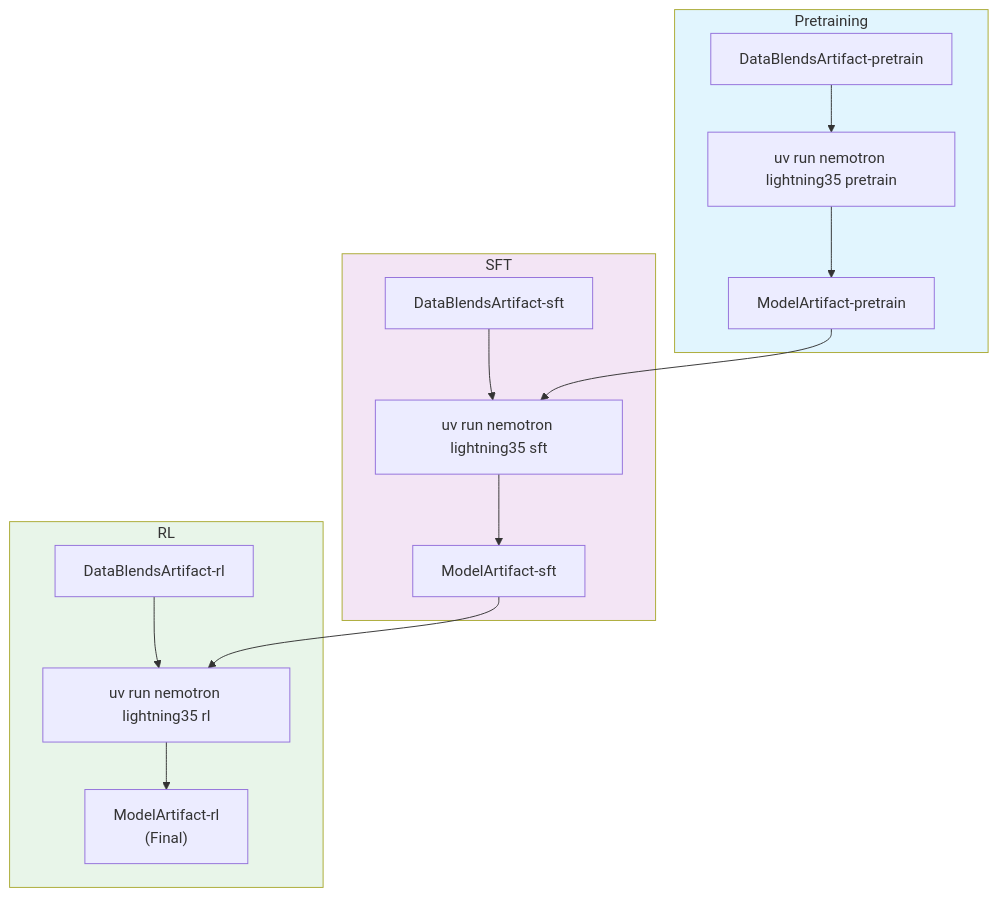
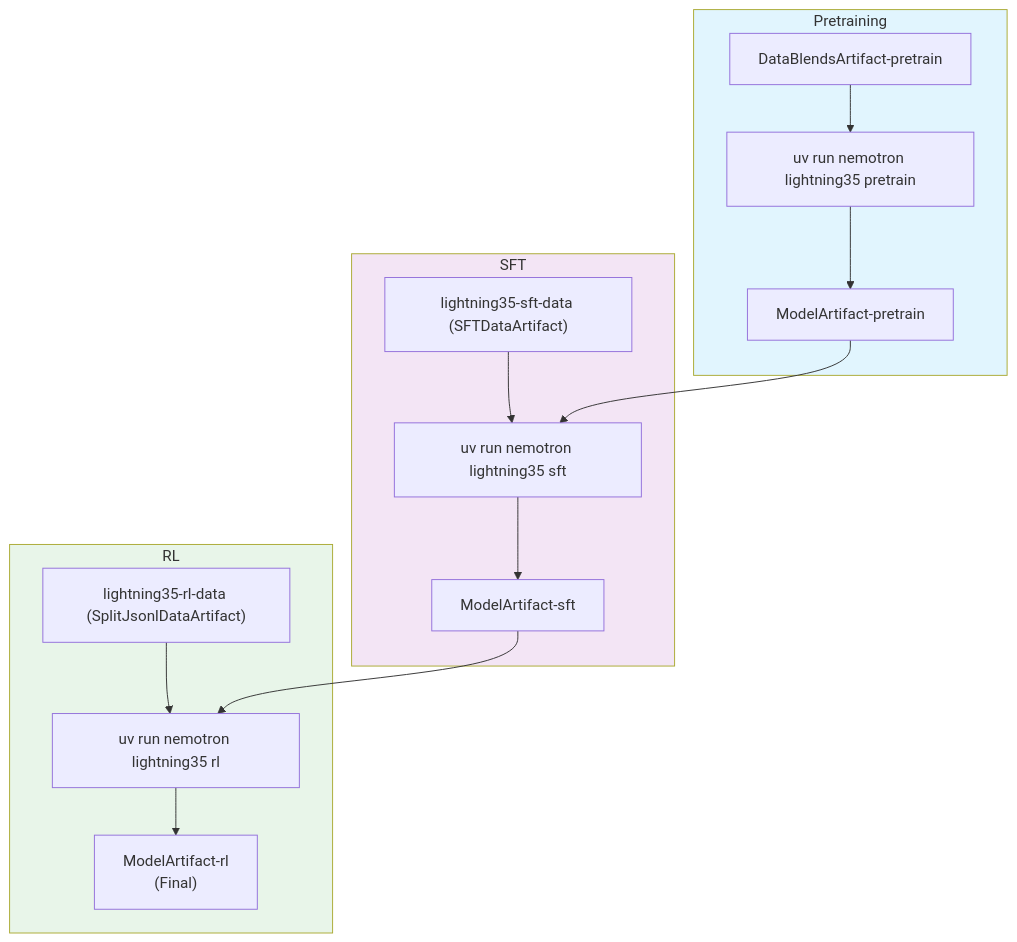
One commit to NVIDIA-NeMo/Nemotron changed the second of 2 diagrams in src/nemotron/recipes/lightning35/README.md. Above: the diagram before and after it, drawn with Mermaid. The commit also changed other lines of this file and 37 other files, not shown here.

````diff
--- a/src/nemotron/recipes/lightning35/README.md
+++ b/src/nemotron/recipes/lightning35/README.md
@@ -206,23 +206,23 @@
 ```mermaid
 flowchart TB
     subgraph pretrain["Pretraining"]
         data0["DataBlendsArtifact-pretrain"] --> cmd0["uv run nemotron lightning35 pretrain"]
         cmd0 --> model0["ModelArtifact-pretrain"]
     end
 
     subgraph sft["SFT"]
-        data1["DataBlendsArtifact-sft"] --> cmd1["uv run nemotron lightning35 sft"]
+        data1["lightning35-sft-data (SFTDataArtifact)"] --> cmd1["uv run nemotron lightning35 sft"]
         model0 --> cmd1
         cmd1 --> model1["ModelArtifact-sft"]
     end
 
     subgraph rl["RL"]
-        data2["DataBlendsArtifact-rl"] --> cmd2["uv run nemotron lightning35 rl"]
+        data2["lightning35-rl-data (SplitJsonlDataArtifact)"] --> cmd2["uv run nemotron lightning35 rl"]
         model1 --> cmd2
         cmd2 --> model2["ModelArtifact-rl<br/>(Final)"]
     end
 
     style pretrain fill:#e1f5fe
     style sft fill:#f3e5f5
     style rl fill:#e8f5e9
 ```
````
